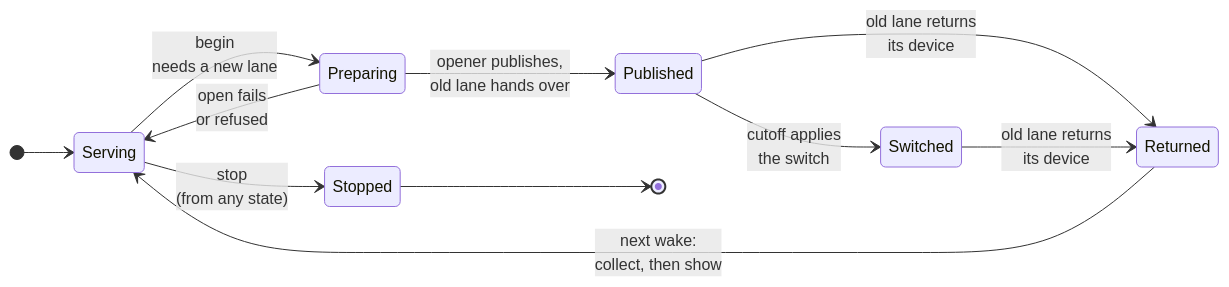
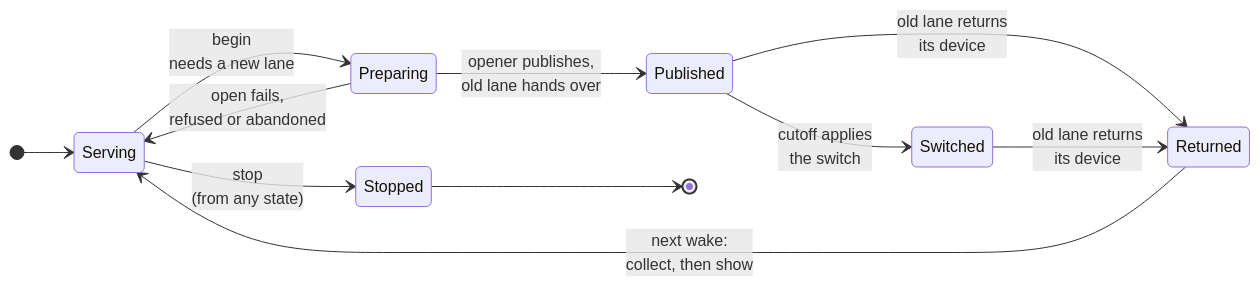
Before and after one commit to abossard/bossylights: the diagram in docs/design/output-cutover.md, drawn with Mermaid. The commit also changed other lines of this file and 32 other files, not shown here.

````diff
--- a/docs/design/output-cutover.md
+++ b/docs/design/output-cutover.md
@@ -7,14 +7,14 @@
 ```mermaid
 stateDiagram-v2
   direction LR
   [*] --> Serving
   Serving --> Preparing: begin<br/>needs a new lane
-  Preparing --> Serving: open fails<br/>or refused
+  Preparing --> Serving: open fails,<br/>refused or abandoned
   Preparing --> Published: opener publishes,<br/>old lane hands over
   Published --> Switched: cutoff applies<br/>the switch
   Published --> Returned: old lane returns<br/>its device
   Switched --> Returned: old lane returns<br/>its device
   Returned --> Serving: next wake:<br/>collect, then show
   Serving --> Stopped: stop<br/>(from any state)
   Stopped --> [*]
 ```
````
